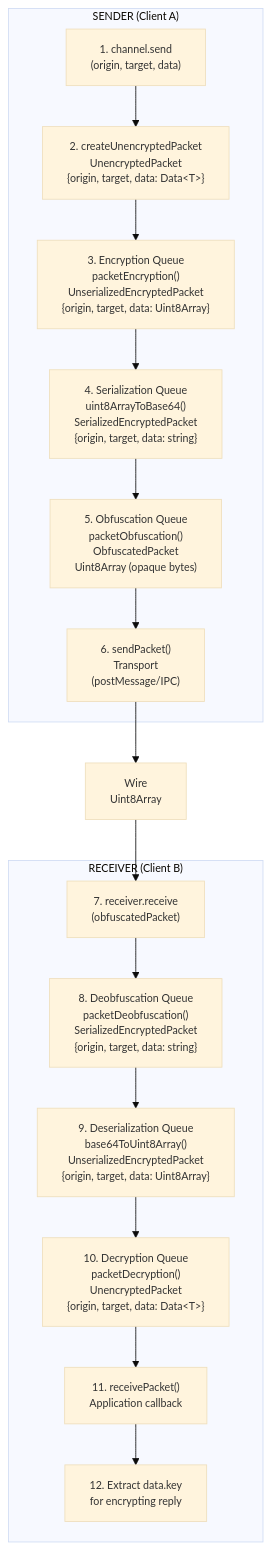
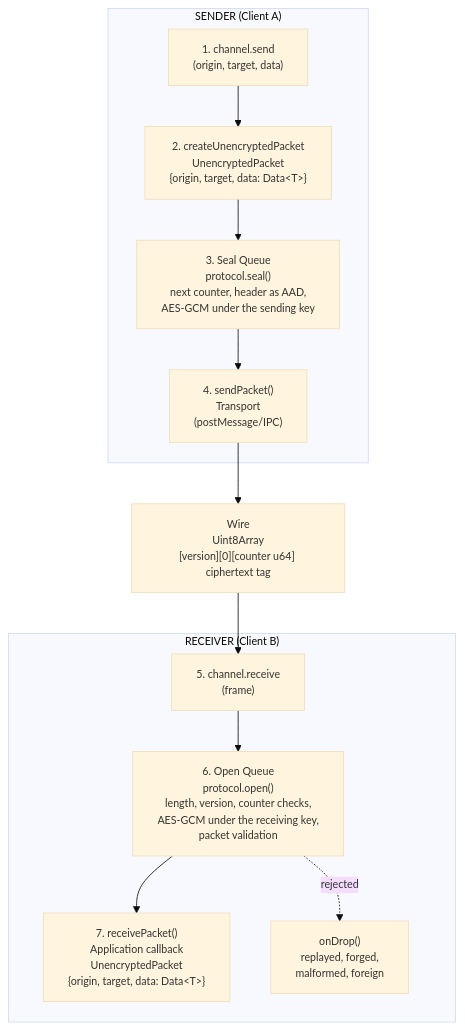
One commit to AndrewRedican/hyperfrontend changed the eighth of 8 diagrams in libs/network-protocol/ARCHITECTURE.md. Above: the diagram before and after it, drawn with Mermaid. The commit also changed other lines of this file and 28 other files, not shown here.

````diff
--- a/libs/network-protocol/ARCHITECTURE.md
+++ b/libs/network-protocol/ARCHITECTURE.md
@@ -830,43 +994,35 @@
 ```mermaid
 ---
 config:
   theme: base
   themeVariables:
     fontSize: 13px
 ---
 flowchart TB
     subgraph Sender["SENDER (Client A)"]
         A1["1. channel.send<br/>(origin, target, data)"]
         A2["2. createUnencryptedPacket<br/>UnencryptedPacket<br/>{origin, target, data: Data&lt;T&gt;}"]
-        A3["3. Encryption Queue<br/>packetEncryption()<br/>UnserializedEncryptedPacket<br/>{origin, target, data: Uint8Array}"]
-        A4["4. Serialization Queue<br/>uint8ArrayToBase64()<br/>SerializedEncryptedPacket<br/>{origin, target, data: string}"]
-        A5["5. Obfuscation Queue<br/>packetObfuscation()<br/>ObfuscatedPacket<br/>Uint8Array (opaque bytes)"]
-        A6["6. sendPacket()<br/>Transport<br/>(postMessage/IPC)"]
+        A3["3. Seal Queue<br/>protocol.seal()<br/>next counter, header as AAD,<br/>AES-GCM under the sending key"]
+        A4["4. sendPacket()<br/>Transport<br/>(postMessage/IPC)"]
 
         A1 --> A2
         A2 --> A3
         A3 --> A4
-        A4 --> A5
-        A5 --> A6
     end
 
-    Wire["Wire<br/>Uint8Array"]
+    Wire["Wire<br/>Uint8Array<br/>[version][0][counter u64] ciphertext tag"]
 
     subgraph Receiver["RECEIVER (Client B)"]
-        B7["7. receiver.receive<br/>(obfuscatedPacket)"]
-        B8["8. Deobfuscation Queue<br/>packetDeobfuscation()<br/>SerializedEncryptedPacket<br/>{origin, target, data: string}"]
-        B9["9. Deserialization Queue<br/>base64ToUint8Array()<br/>UnserializedEncryptedPacket<br/>{origin, target, data: Uint8Array}"]
-        B10["10. Decryption Queue<br/>packetDecryption()<br/>UnencryptedPacket<br/>{origin, target, data: Data&lt;T&gt;}"]
-        B11["11. receivePacket()<br/>Application callback"]
-        B12["12. Extract data.key<br/>for encrypting reply"]
+        B5["5. channel.receive<br/>(frame)"]
+        B6["6. Open Queue<br/>protocol.open()<br/>length, version, counter checks,<br/>AES-GCM under the receiving key,<br/>packet validation"]
+        B7["7. receivePacket()<br/>Application callback<br/>UnencryptedPacket<br/>{origin, target, data: Data&lt;T&gt;}"]
+        B8["onDrop()<br/>replayed, forged,<br/>malformed, foreign"]
 
-        B7 --> B8
-        B8 --> B9
-        B9 --> B10
-        B10 --> B11
-        B11 --> B12
+        B5 --> B6
+        B6 --> B7
+        B6 -.->|rejected| B8
     end
 
-    A6 --> Wire
-    Wire --> B7
+    A4 --> Wire
+    Wire --> B5
 ```
````
